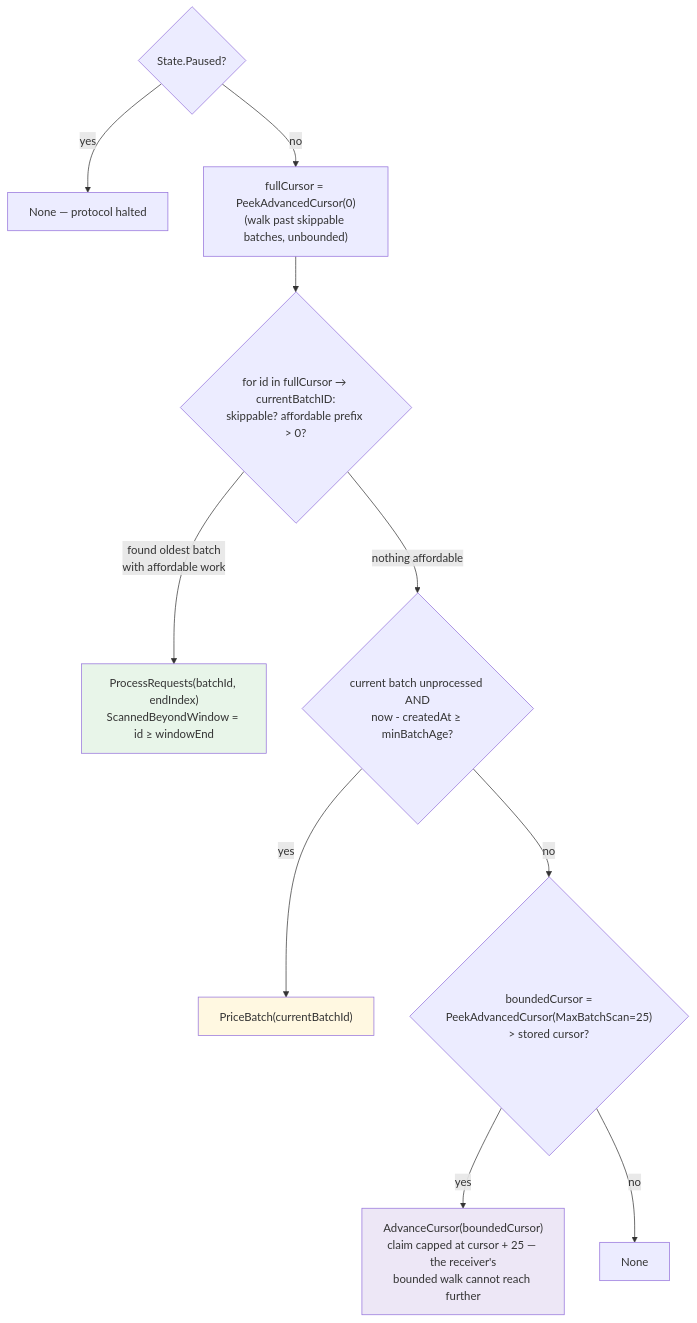
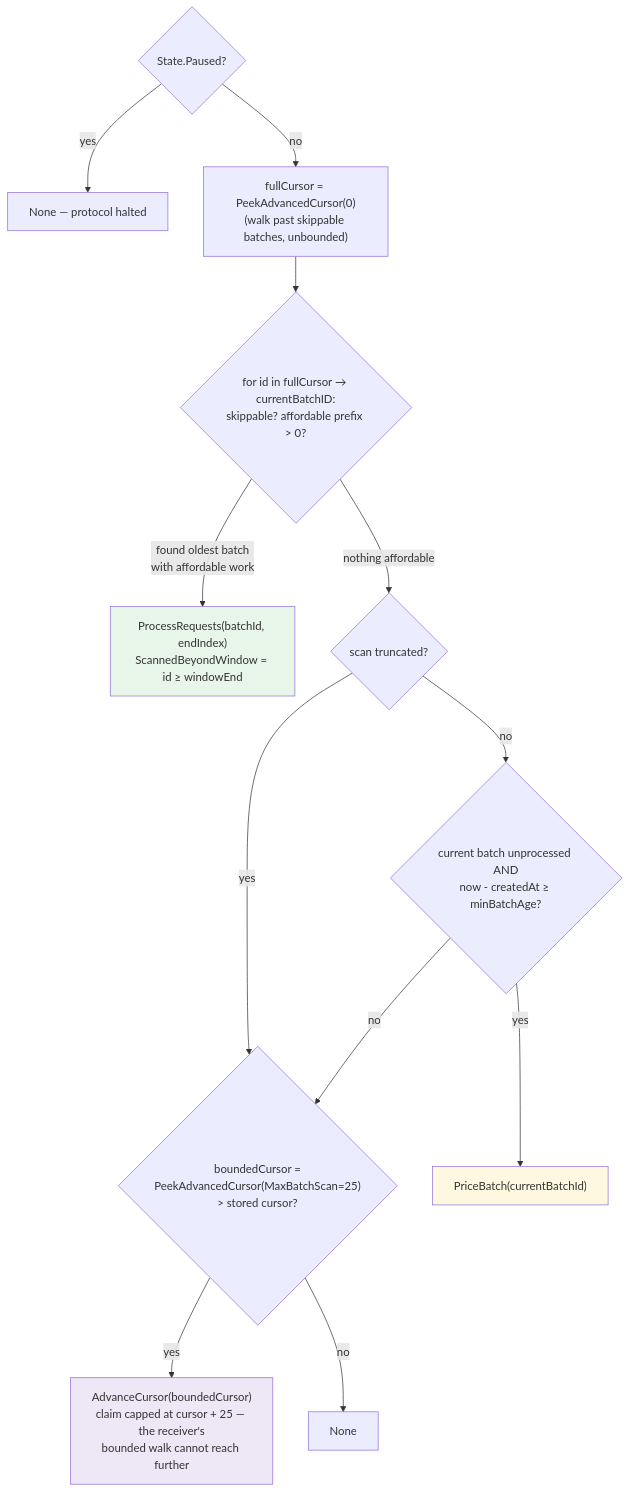
The second of 6 diagrams in blueprints/02-w1-queue-keeper.md (everstrat-xyz/keepers), drawn with Mermaid before and after one commit. The commit also changed other lines of this file and 11 other files, not shown here.

````diff
--- a/blueprints/02-w1-queue-keeper.md
+++ b/blueprints/02-w1-queue-keeper.md
@@ -47,21 +47,23 @@
 ```mermaid
 flowchart TB
     P{"State.Paused?"} -- "yes" --> N1["None — protocol halted"]
     P -- "no" --> FC["fullCursor = PeekAdvancedCursor(0)<br/>(walk past skippable batches, unbounded)"]
 
     FC --> LOOP{"for id in fullCursor → currentBatchID:<br/>skippable? affordable prefix &gt; 0?"}
     LOOP -- "found oldest batch<br/>with affordable work" --> PR["ProcessRequests(batchId, endIndex)<br/>ScannedBeyondWindow = id ≥ windowEnd"]
     LOOP -- "nothing affordable" --> AGE
 
-    AGE{"current batch unprocessed AND<br/>now - createdAt ≥ minBatchAge?"}
-    AGE -- "yes" --> PB["PriceBatch(currentBatchId)"]
-    AGE -- "no" --> CUR
+    AGE{"scan truncated?"}
+    AGE -- "yes" --> CUR
+    AGE -- "no" --> AGE2{"current batch unprocessed AND<br/>now - createdAt ≥ minBatchAge?"}
+    AGE2 -- "yes" --> PB["PriceBatch(currentBatchId)"]
+    AGE2 -- "no" --> CUR
 
     CUR{"boundedCursor =<br/>PeekAdvancedCursor(MaxBatchScan=25)<br/>&gt; stored cursor?"}
     CUR -- "yes" --> AC["AdvanceCursor(boundedCursor)<br/>claim capped at cursor + 25 — the receiver's<br/>bounded walk cannot reach further"]
     CUR -- "no" --> NN["None"]
 
     style PR fill:#e8f5e9
     style PB fill:#fff8e1
     style AC fill:#ede7f6
 ```
````
